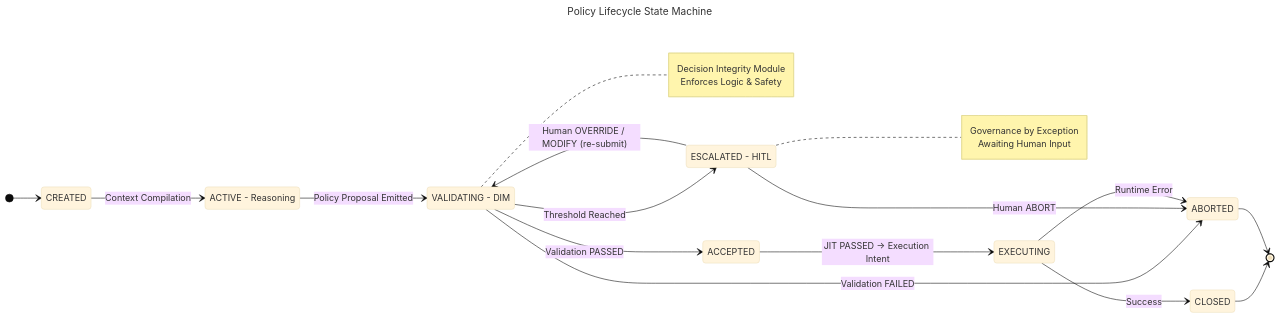
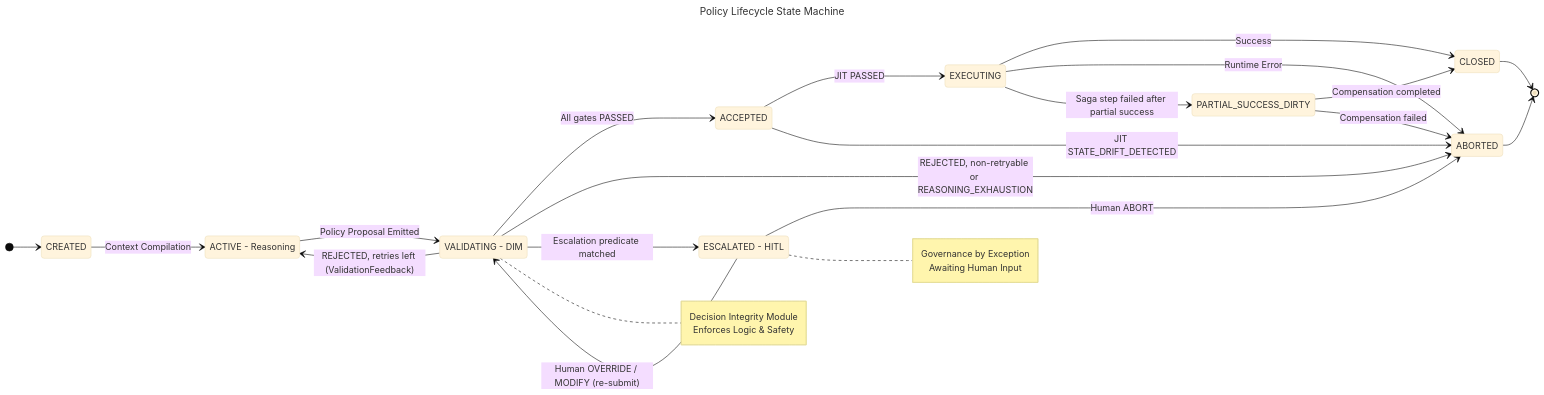
The eighth of 9 diagrams in docs/02-decision-runtime/DIR_Architectural_Pattern.md (huka81/decision-intelligence-runtime), drawn with Mermaid (base theme) before and after one commit. The commit also changed other lines of this file and 4 other files, not shown here.

````diff
--- a/docs/02-decision-runtime/DIR_Architectural_Pattern.md
+++ b/docs/02-decision-runtime/DIR_Architectural_Pattern.md
@@ -826,55 +878,61 @@
 ```mermaid
 ---
 title: Policy Lifecycle State Machine
 config:
   look: classic
 ---
 stateDiagram-v2
     direction LR
 
     %% Define States with consistent formatting
     state "CREATED" as Created
     state "ACTIVE - Reasoning" as Active
     state "VALIDATING - DIM" as Validating
     state "ESCALATED - HITL" as Escalated
     state "ACCEPTED" as Accepted
     state "EXECUTING" as Executing
+    state "PARTIAL_SUCCESS_DIRTY" as Dirty
     state "CLOSED" as Closed
     state "ABORTED" as Aborted
 
     %% Initial Transition
     [*] --> Created
     Created --> Active : Context Compilation
 
     %% Reasoning to Validation
     Active --> Validating : Policy Proposal Emitted
 
-    %% Validation Logic (DIM)
-    Validating --> Accepted : Validation PASSED
-    Validating --> Aborted : Validation FAILED
-    Validating --> Escalated : Threshold Reached
+    %% Validation Logic (DIM + Intent Retry Governor)
+    Validating --> Accepted : All gates PASSED
+    Validating --> Active : REJECTED, retries left (ValidationFeedback)
+    Validating --> Aborted : REJECTED, non-retryable or REASONING_EXHAUSTION
+    Validating --> Escalated : Escalation predicate matched
 
     %% Escalation Logic (Human-in-the-Loop)
     Escalated --> Validating : Human OVERRIDE / MODIFY (re-submit)
     Escalated --> Aborted : Human ABORT
 
-    %% Execution Logic
-    Accepted --> Executing : JIT PASSED → Execution Intent
+    %% Execution Logic (Execution Engine)
+    Accepted --> Executing : JIT PASSED
+    Accepted --> Aborted : JIT STATE_DRIFT_DETECTED
     Executing --> Closed : Success
     Executing --> Aborted : Runtime Error
+    Executing --> Dirty : Saga step failed after partial success
+    Dirty --> Closed : Compensation completed
+    Dirty --> Aborted : Compensation failed
 
     %% Terminal States
     Closed --> [*]
     Aborted --> [*]
 
     %% Notes for context
     note right of Validating
         Decision Integrity Module
         Enforces Logic & Safety
     end note
     
     note right of Escalated
         Governance by Exception
         Awaiting Human Input
     end note
 ```
````
